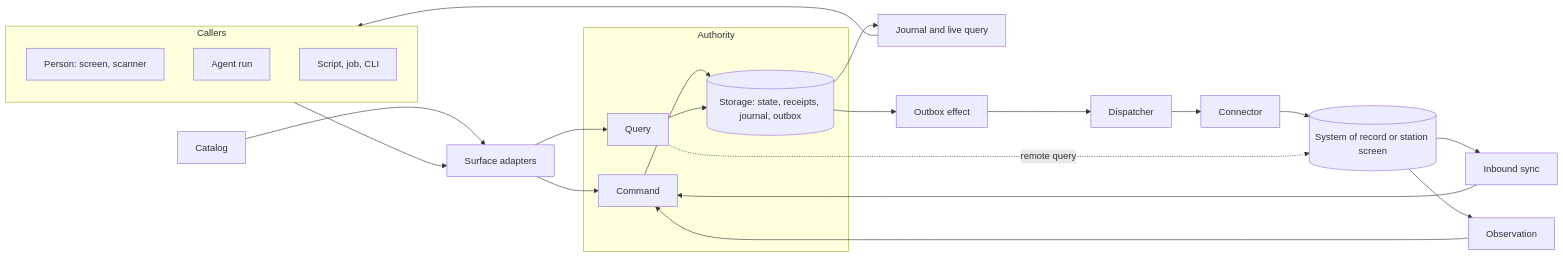
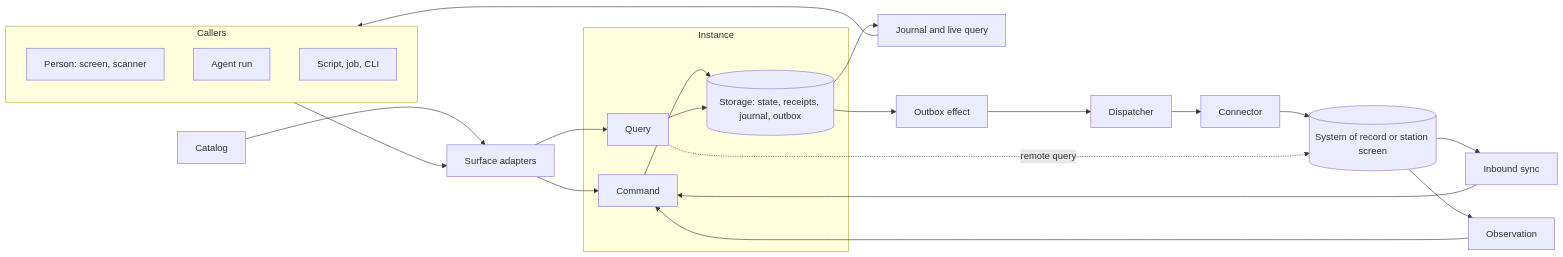
One commit to wisdomousai/tortoise changed the diagram in docs/primitives.md. Above: the diagram before and after it, drawn with Mermaid. The commit also changed other lines of this file and 264 other files, not shown here.

First line of the commit message:
Rename authority to instance

````diff
--- a/docs/primitives.md
+++ b/docs/primitives.md
@@ -5,22 +5,22 @@
 ```mermaid
 flowchart LR
   subgraph Callers
     Person[Person: screen, scanner]
     Agent[Agent run]
     Script[Script, job, CLI]
   end
   Catalog[Catalog] --> Surface
   Callers --> Surface[Surface adapters]
   Surface --> Command
   Surface --> Query
-  subgraph Authority
+  subgraph Instance
     Command --> Store[(Storage: state, receipts, journal, outbox)]
     Query --> Store
   end
   Store --> Live[Journal and live query] --> Callers
   Store --> Outbox[Outbox effect] --> Dispatcher --> Connector
   Connector --> External[(System of record or station screen)]
   External --> Inbound[Inbound sync] --> Command
   Query -. remote query .-> External
   External --> Observation --> Command
 ```
````
